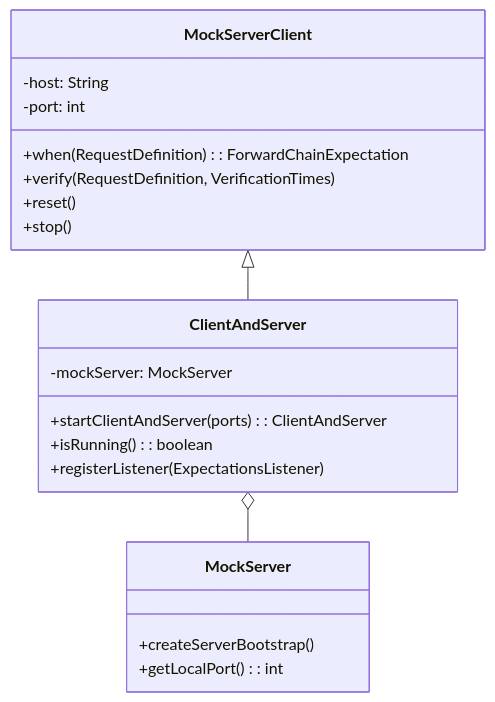
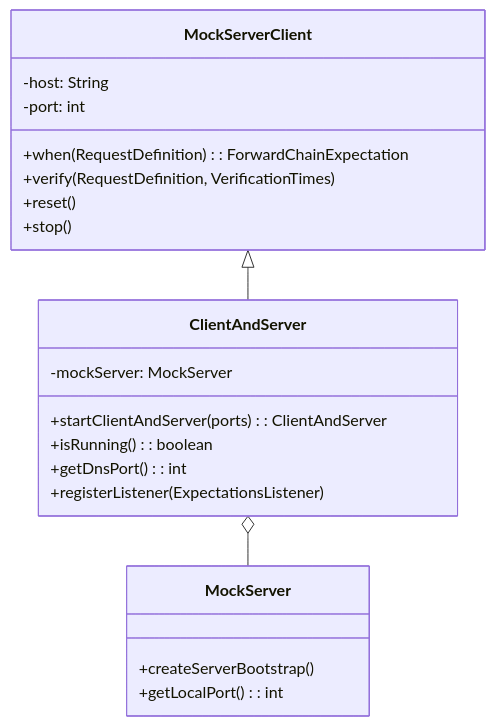
One commit to inspire12/mockserver changed the second of 6 diagrams in docs/code/client-and-integrations.md. Above: the diagram before and after it, drawn with Mermaid. The commit also changed other lines of this file and 37 other files, not shown here.

First line of the commit message:
fix(netty): UDP listeners honour localBoundIP; expose the DNS port

````diff
--- a/docs/code/client-and-integrations.md
+++ b/docs/code/client-and-integrations.md
@@ -195,26 +195,27 @@
 ```mermaid
 classDiagram
     class MockServerClient {
         -host: String
         -port: int
         +when(RequestDefinition): ForwardChainExpectation
         +verify(RequestDefinition, VerificationTimes)
         +reset()
         +stop()
     }
 
     class ClientAndServer {
         -mockServer: MockServer
         +startClientAndServer(ports): ClientAndServer
         +isRunning(): boolean
+        +getDnsPort(): int
         +registerListener(ExpectationsListener)
     }
 
     class MockServer {
         +createServerBootstrap()
         +getLocalPort(): int
     }
 
     MockServerClient <|-- ClientAndServer
     ClientAndServer o-- MockServer
 ```
````
